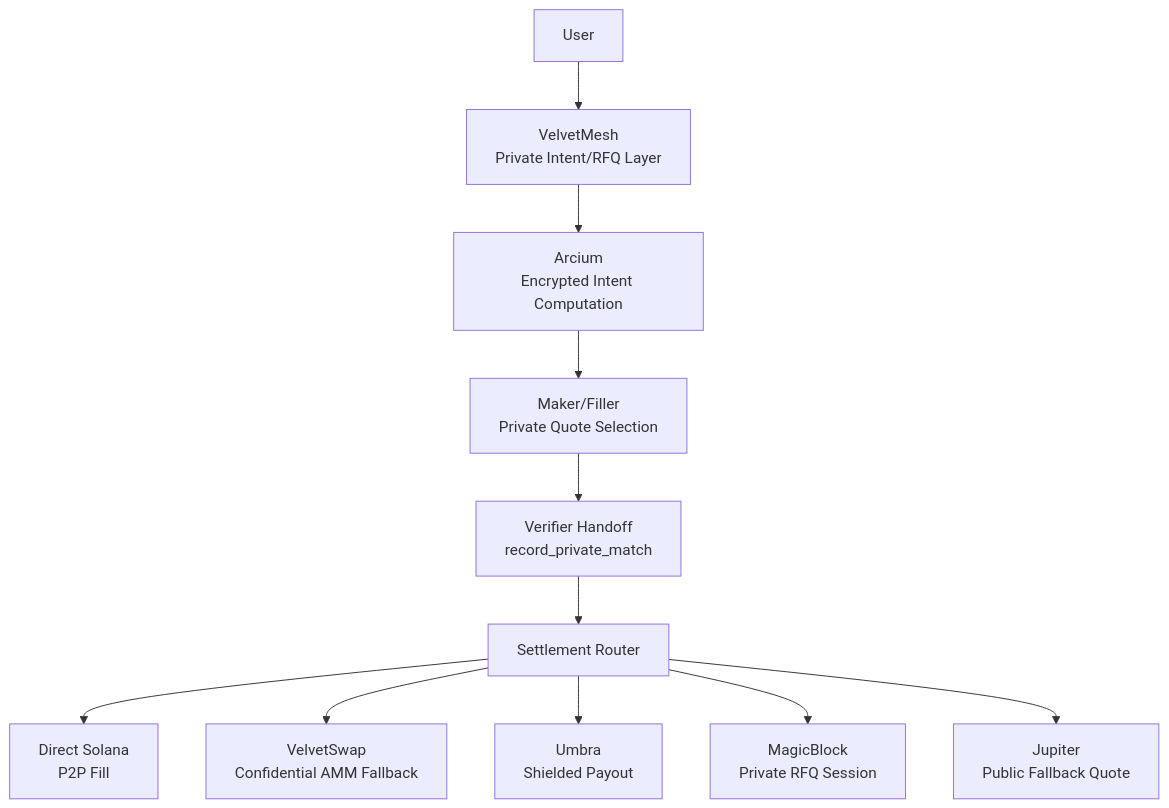
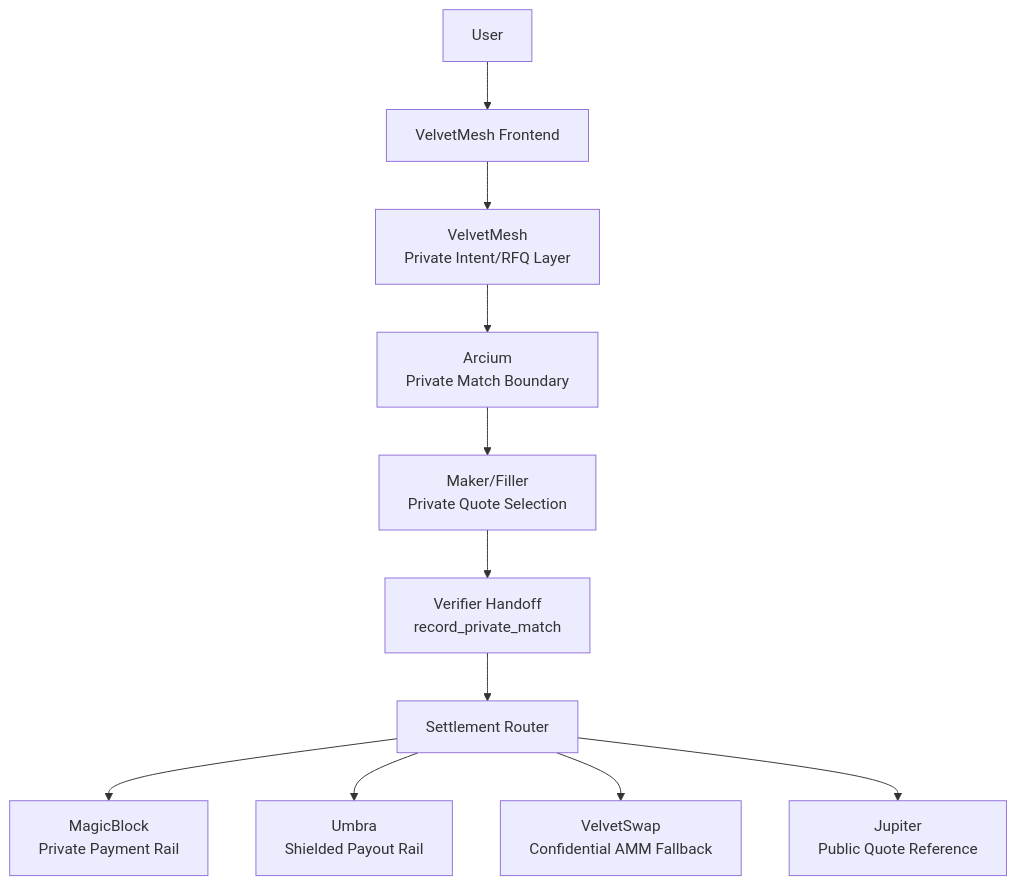
One commit to N-45div/Velvet_swap_program changed the first of 2 diagrams in ARCHITECTURE.md. Above: the diagram before and after it, drawn with Mermaid. The commit also changed other lines of this file, not shown here.

Commit message:
Rewrite VelvetMesh architecture

````diff
--- a/ARCHITECTURE.md
+++ b/ARCHITECTURE.md
@@ -29,25 +22,25 @@
 ```mermaid
 graph TB
     USER["User"]
+    FRONTEND["VelvetMesh Frontend"]
     INTENT["VelvetMesh<br/>Private Intent/RFQ Layer"]
-    ARCIUM["Arcium<br/>Encrypted Intent Computation"]
+    ARCIUM["Arcium<br/>Private Match Boundary"]
     MATCH["Maker/Filler<br/>Private Quote Selection"]
     VERIFY["Verifier Handoff<br/>record_private_match"]
     ROUTER["Settlement Router"]
-    P2P["Direct Solana<br/>P2P Fill"]
+    MAGIC["MagicBlock<br/>Private Payment Rail"]
+    UMBRA["Umbra<br/>Shielded Payout Rail"]
     SWAP["VelvetSwap<br/>Confidential AMM Fallback"]
-    UMBRA["Umbra<br/>Shielded Payout"]
-    MAGIC["MagicBlock<br/>Private RFQ Session"]
-    JUP["Jupiter<br/>Public Fallback Quote"]
+    JUP["Jupiter<br/>Public Quote Reference"]
 
-    USER --> INTENT
+    USER --> FRONTEND
+    FRONTEND --> INTENT
     INTENT --> ARCIUM
     ARCIUM --> MATCH
     MATCH --> VERIFY
     VERIFY --> ROUTER
-    ROUTER --> P2P
+    ROUTER --> MAGIC
+    ROUTER --> UMBRA
     ROUTER --> SWAP
-    ROUTER --> UMBRA
-    ROUTER --> MAGIC
     ROUTER --> JUP
 ```
````
